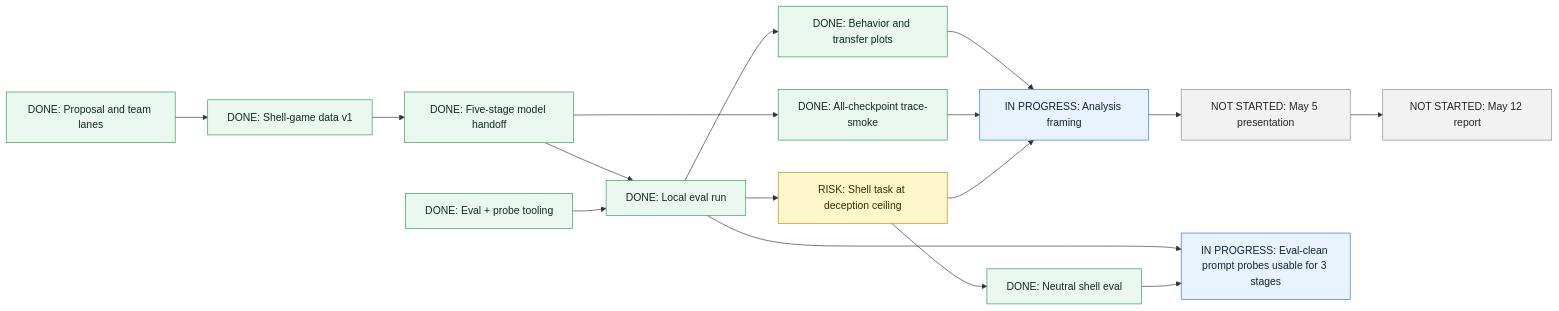
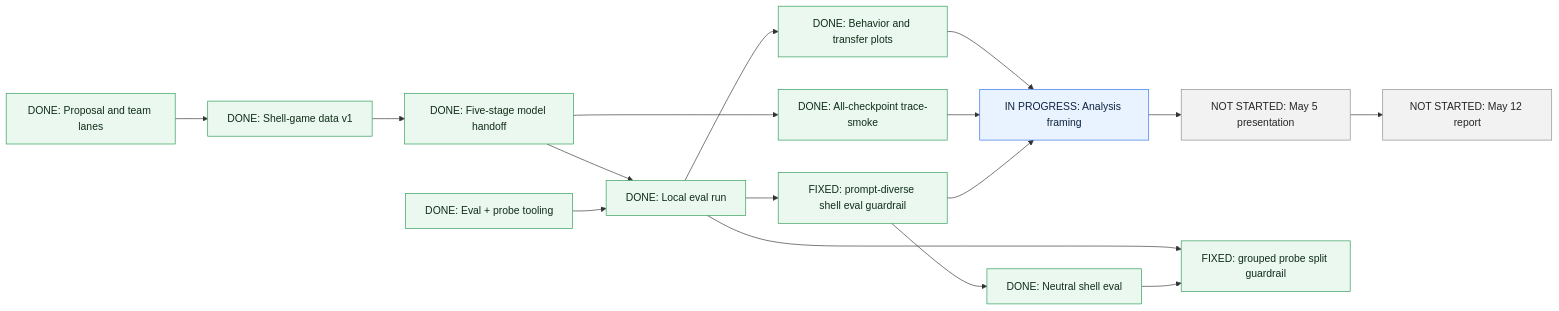
Before and after one commit to Sapphirine/2026_Motivations_1: the first of 2 diagrams in docs/execution-plan.md, drawn with Mermaid. The commit also changed other lines of this file and 73 other files, not shown here.

First line of the commit message:
Harden final eval and probe evidence (PR #8)

````diff
--- a/docs/execution-plan.md
+++ b/docs/execution-plan.md
@@ -12,30 +12,30 @@
 ```mermaid
 flowchart LR
   classDef done fill:#eaf8ef,stroke:#2b9b55,color:#102d19
   classDef progress fill:#e8f3ff,stroke:#2f6fed,color:#10233f
   classDef todo fill:#f2f2f2,stroke:#8a8a8a,color:#252525
   classDef blocked fill:#ffe8e8,stroke:#c62828,color:#4a0909
   classDef risk fill:#fff7cc,stroke:#b8860b,color:#3b2c00
 
   P["DONE: Proposal and team lanes"]:::done
   D["DONE: Shell-game data v1"]:::done
   M["DONE: Five-stage model handoff"]:::done
   E["DONE: Local eval run"]:::done
   B["DONE: Behavior and transfer plots"]:::done
   A["IN PROGRESS: Analysis framing"]:::progress
   S["NOT STARTED: May 5 presentation"]:::todo
   R["NOT STARTED: May 12 report"]:::todo
 
   T["DONE: Eval + probe tooling"]:::done
   P0["DONE: All-checkpoint trace-smoke"]:::done
-  X1["RISK: Shell task at deception ceiling"]:::risk
-  X2["IN PROGRESS: Eval-clean prompt probes usable for 3 stages"]:::progress
+  X1["FIXED: prompt-diverse shell eval guardrail"]:::done
+  X2["FIXED: grouped probe split guardrail"]:::done
   N["DONE: Neutral shell eval"]:::done
 
   P --> D --> M --> E --> B --> A --> S --> R
   T --> E
   M --> P0 --> A
   E --> X1 --> A
   E --> X2
   X1 --> N --> X2
 ```
````
